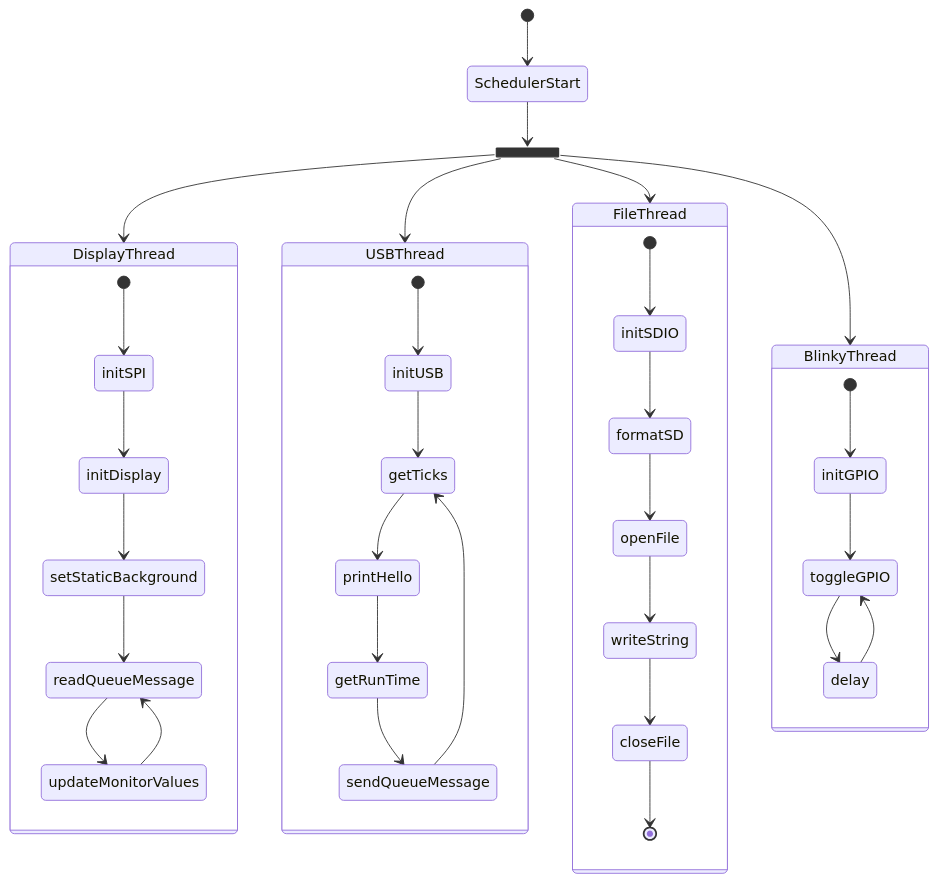
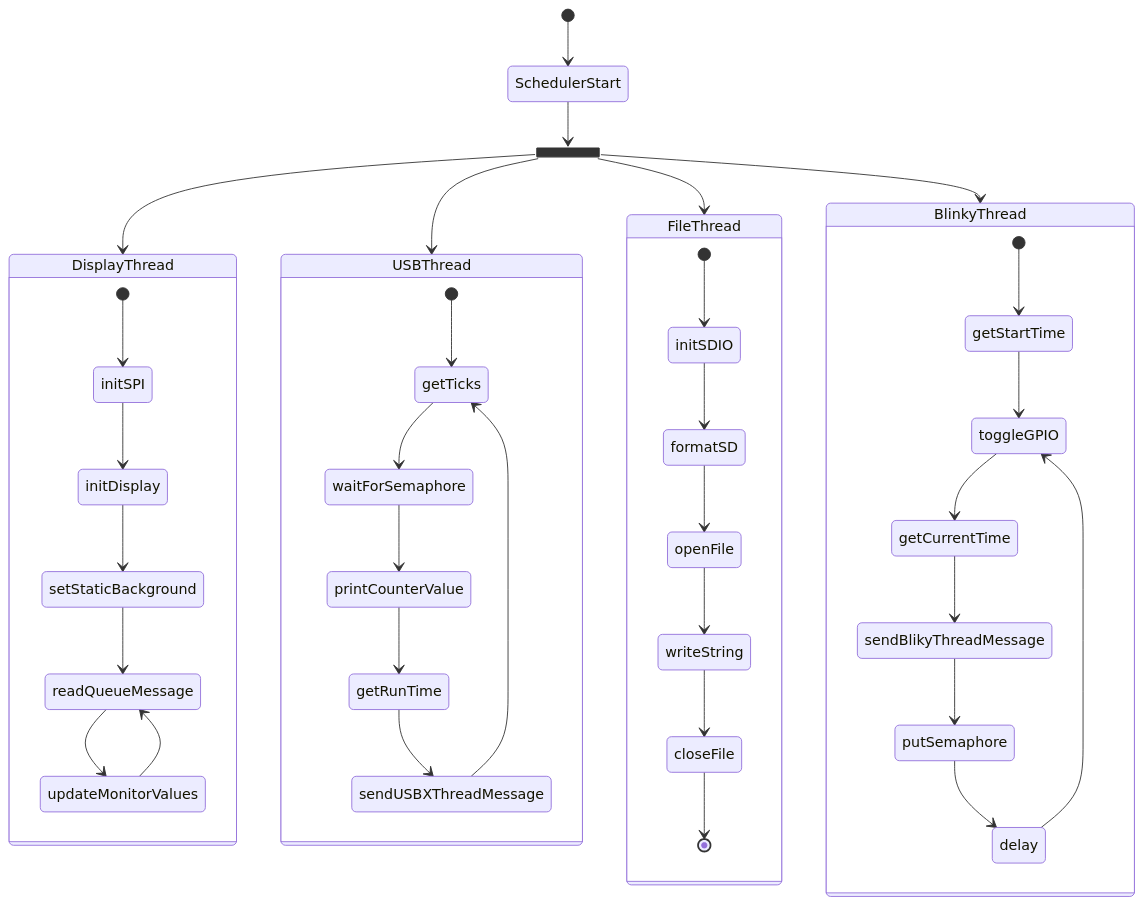
One commit to Freireg/Hematite-Project changed the diagram in README.md. Above: the diagram before and after it, drawn with Mermaid. The commit also changed other lines of this file and 5 other files, not shown here.

````diff
--- a/README.md
+++ b/README.md
@@ -11,47 +15,51 @@
 ```mermaid
 stateDiagram-v2
     state fork_state <<fork>>
         [*] --> SchedulerStart
     SchedulerStart --> fork_state
     
 
     fork_state --> DisplayThread
     state DisplayThread {
         [*] --> initSPI
         initSPI --> initDisplay
         initDisplay --> setStaticBackground
         setStaticBackground --> readQueueMessage
         readQueueMessage --> updateMonitorValues
         updateMonitorValues --> readQueueMessage
     }
 
     fork_state --> USBThread
     state USBThread {
-        [*] --> initUSB
-        initUSB --> getTicks
-        getTicks --> printHello
-        printHello --> getRunTime
-        getRunTime --> sendQueueMessage
-        sendQueueMessage --> getTicks
+        [*] --> getTicks
+        getTicks --> waitForSemaphore
+        waitForSemaphore --> printCounterValue
+        printCounterValue --> getRunTime
+        getRunTime --> sendUSBXThreadMessage
+        sendUSBXThreadMessage --> getTicks
     }
 
     fork_state --> FileThread
     state FileThread {
         [*] --> initSDIO
         initSDIO --> formatSD
         formatSD --> openFile
         openFile --> writeString
         writeString --> closeFile
         closeFile --> [*]
 
     }
 
     fork_state --> BlinkyThread
     state BlinkyThread {
-        [*] --> initGPIO
-        initGPIO --> toggleGPIO
-        toggleGPIO --> delay
+        [*] --> getStartTime
+        getStartTime --> toggleGPIO
+        toggleGPIO --> getCurrentTime
+        getCurrentTime --> sendBlikyThreadMessage
+        sendBlikyThreadMessage --> putSemaphore
+        putSemaphore --> delay
         delay --> toggleGPIO
+
 
     }
 ```
````
